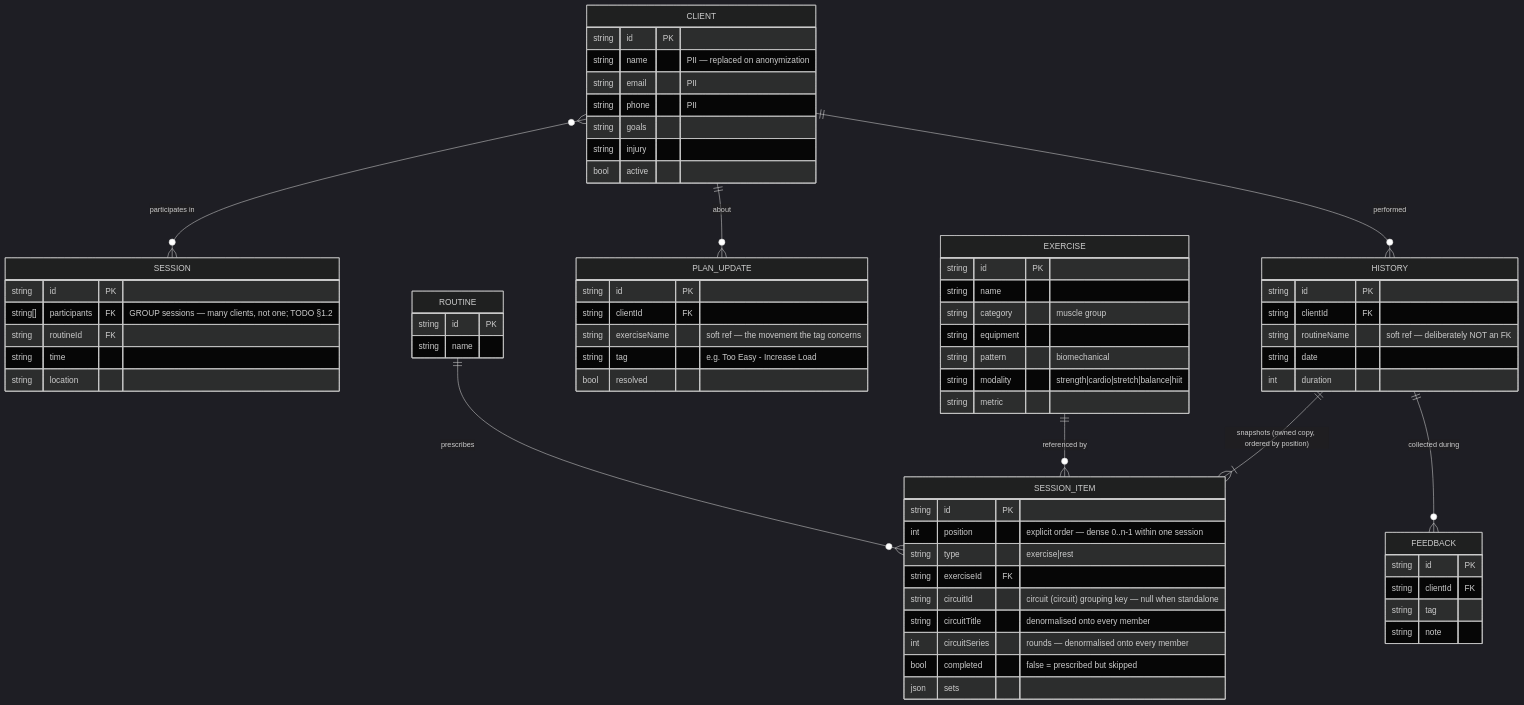
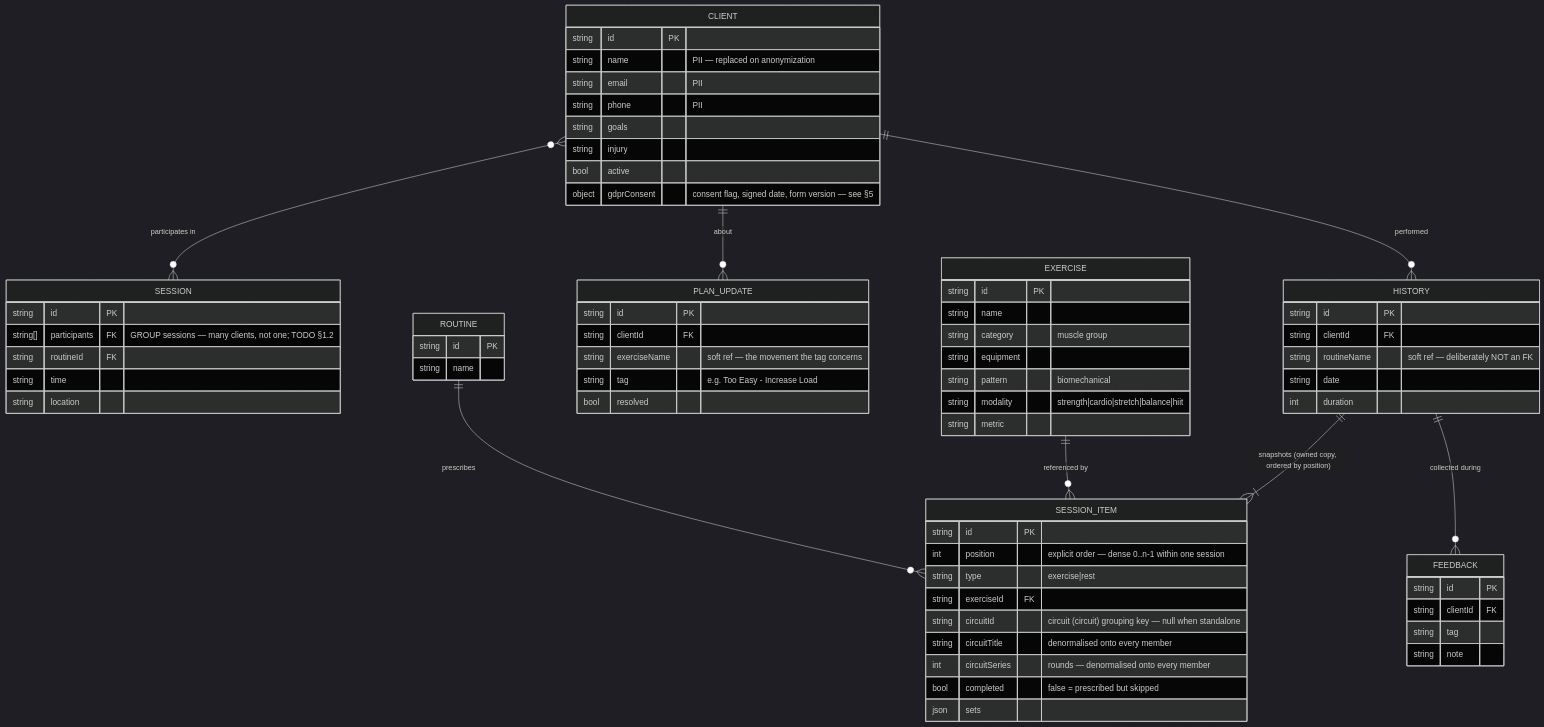
Before and after one commit to stutek/LibrePT: the second of 4 diagrams in docs/DATA_MODEL.md, drawn with Mermaid (dark theme). The commit also changed other lines of this file and 18 other files, not shown here.

````diff
--- a/docs/DATA_MODEL.md
+++ b/docs/DATA_MODEL.md
@@ -116,71 +116,72 @@
 ```mermaid
 erDiagram
     CLIENT }o--o{ SESSION : "participates in"
     CLIENT ||--o{ HISTORY : "performed"
     CLIENT ||--o{ PLAN_UPDATE : "about"
     ROUTINE ||--o{ SESSION_ITEM : "prescribes"
     EXERCISE ||--o{ SESSION_ITEM : "referenced by"
     HISTORY ||--|{ SESSION_ITEM : "snapshots (owned copy, ordered by position)"
     HISTORY ||--o{ FEEDBACK : "collected during"
 
     CLIENT {
         string id PK
         string name "PII — replaced on anonymization"
         string email "PII"
         string phone "PII"
         string goals
         string injury
         bool active
+        object gdprConsent "consent flag, signed date, form version — see §5"
     }
     EXERCISE {
         string id PK
         string name
         string category "muscle group"
         string equipment
         string pattern "biomechanical"
         string modality "strength|cardio|stretch|balance|hiit"
         string metric
     }
     ROUTINE {
         string id PK
         string name
     }
     SESSION {
         string id PK
         string[] participants FK "GROUP sessions — many clients, not one; TODO §1.2"
         string routineId FK
         string time
         string location
     }
     HISTORY {
         string id PK
         string clientId FK
         string routineName "soft ref — deliberately NOT an FK"
         string date
         int duration
     }
     SESSION_ITEM {
         string id PK
         int position "explicit order — dense 0..n-1 within one session"
         string type "exercise|rest"
         string exerciseId FK
         string circuitId "circuit (circuit) grouping key — null when standalone"
         string circuitTitle "denormalised onto every member"
         int circuitSeries "rounds — denormalised onto every member"
         bool completed "false = prescribed but skipped"
         json sets
     }
     FEEDBACK {
         string id PK
         string clientId FK
         string tag
         string note
     }
     PLAN_UPDATE {
         string id PK
         string clientId FK
         string exerciseName "soft ref — the movement the tag concerns"
         string tag "e.g. Too Easy - Increase Load"
         bool resolved
     }
 ```
````
